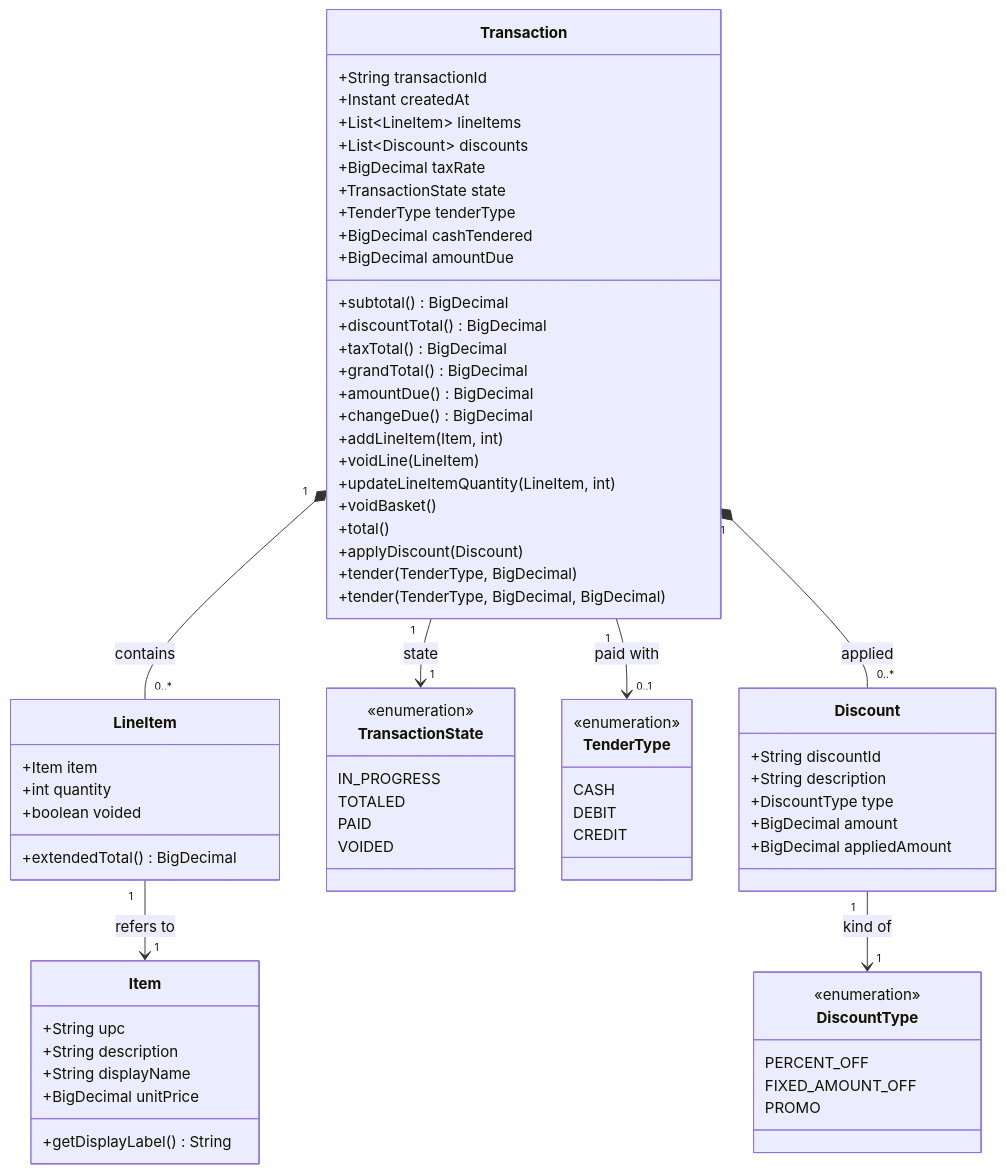
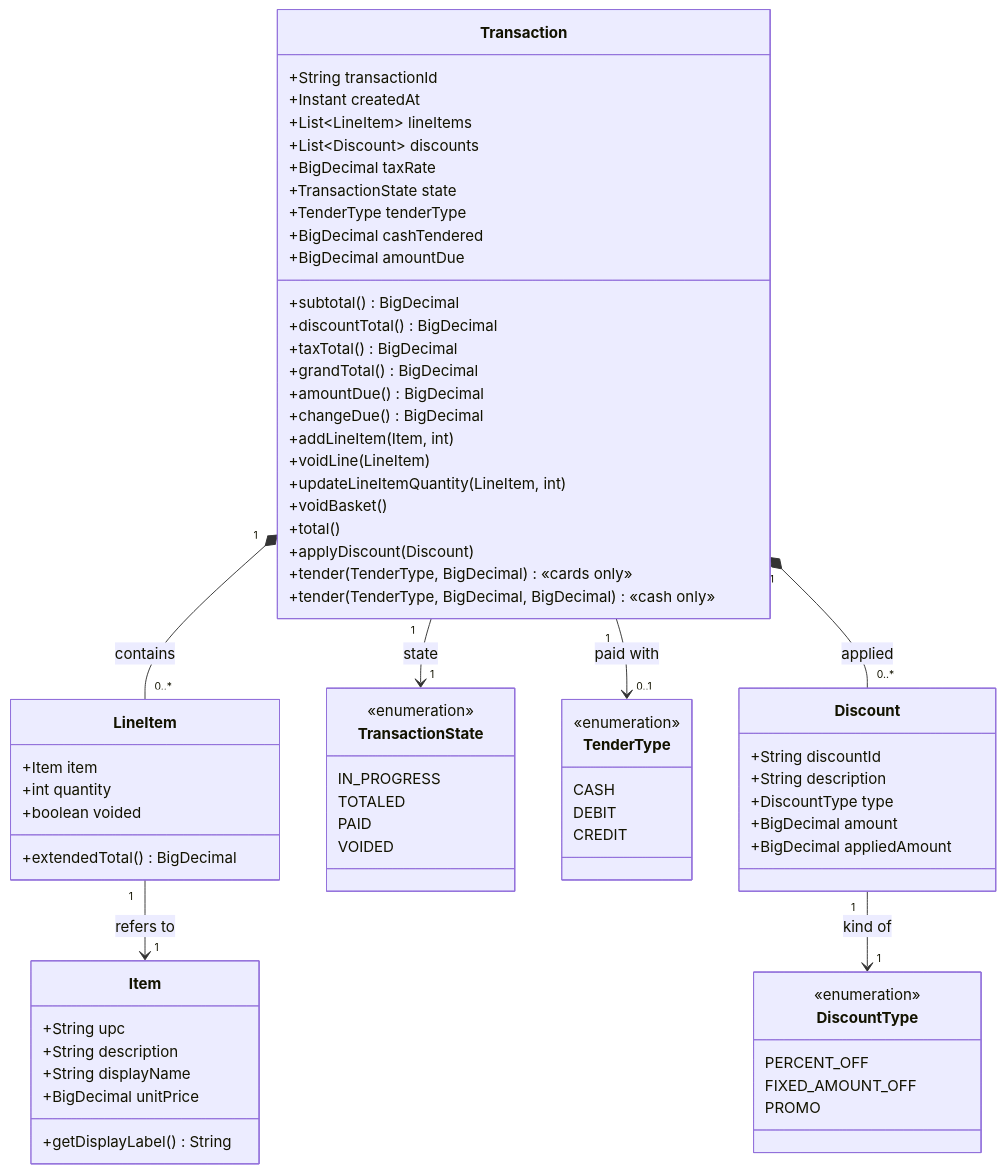
One commit to rhuel-laurente-rp/rocketpartners-pos changed the first of 2 diagrams in docs/Phase 1/domain-model.md. Above: the diagram before and after it, drawn with Mermaid. The commit also changed other lines of this file and 11 other files, not shown here.

````diff
--- a/docs/Phase 1/domain-model.md
+++ b/docs/Phase 1/domain-model.md
@@ -7,80 +7,80 @@
 ```mermaid
 classDiagram
     class Item {
         +String upc
         +String description
         +String displayName
         +BigDecimal unitPrice
         +getDisplayLabel() String
     }
 
     class LineItem {
         +Item item
         +int quantity
         +boolean voided
         +extendedTotal() BigDecimal
     }
 
     class Transaction {
         +String transactionId
         +Instant createdAt
         +List~LineItem~ lineItems
         +List~Discount~ discounts
         +BigDecimal taxRate
         +TransactionState state
         +TenderType tenderType
         +BigDecimal cashTendered
         +BigDecimal amountDue
         +subtotal() BigDecimal
         +discountTotal() BigDecimal
         +taxTotal() BigDecimal
         +grandTotal() BigDecimal
         +amountDue() BigDecimal
         +changeDue() BigDecimal
         +addLineItem(Item, int)
         +voidLine(LineItem)
         +updateLineItemQuantity(LineItem, int)
         +voidBasket()
         +total()
         +applyDiscount(Discount)
-        +tender(TenderType, BigDecimal)
-        +tender(TenderType, BigDecimal, BigDecimal)
+        +tender(TenderType, BigDecimal) «cards only»
+        +tender(TenderType, BigDecimal, BigDecimal) «cash only»
     }
 
     class TransactionState {
         <<enumeration>>
         IN_PROGRESS
         TOTALED
         PAID
         VOIDED
     }
 
     class TenderType {
         <<enumeration>>
         CASH
         DEBIT
         CREDIT
     }
 
     class Discount {
         +String discountId
         +String description
         +DiscountType type
         +BigDecimal amount
         +BigDecimal appliedAmount
     }
 
     class DiscountType {
         <<enumeration>>
         PERCENT_OFF
         FIXED_AMOUNT_OFF
         PROMO
     }
 
     Transaction "1" *-- "0..*" LineItem : contains
     Transaction "1" *-- "0..*" Discount : applied
     Transaction "1" --> "1" TransactionState : state
     Transaction "1" --> "0..1" TenderType : paid with
     LineItem "1" --> "1" Item : refers to
     Discount "1" --> "1" DiscountType : kind of
 ```
````
